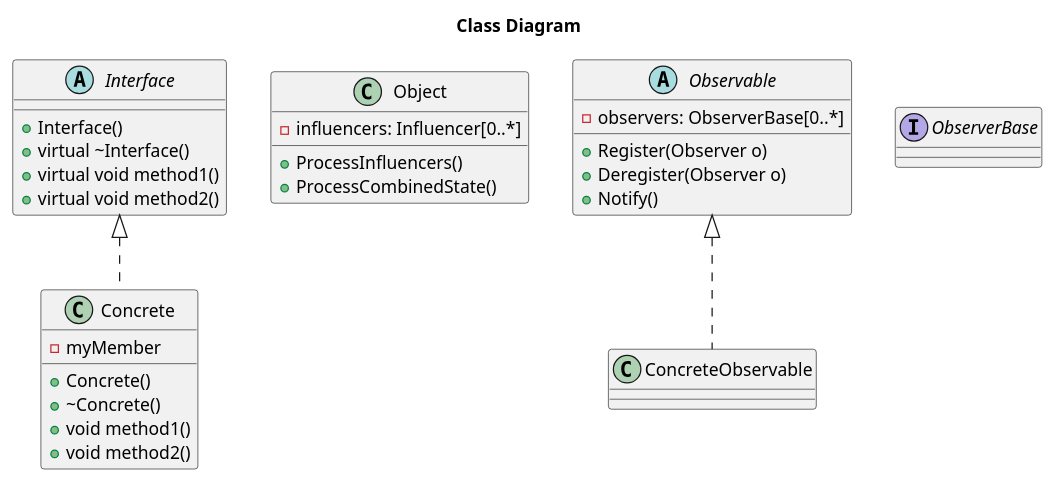
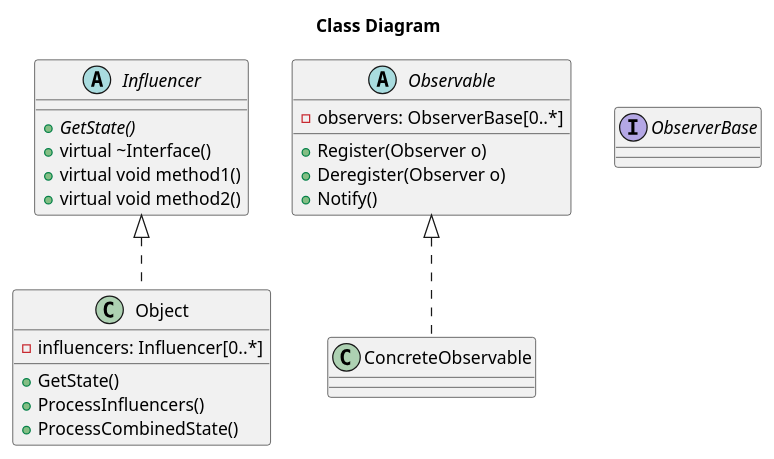
One commit to CAPeddle/particle_model changed the diagram in class diagram.plantuml. Above: the diagram before and after it, drawn with PlantUML.

Commit message:
update object as influencer

```diff
--- a/class diagram.plantuml
+++ b/class diagram.plantuml
@@ -1,57 +1,44 @@
 @startuml
-
 title Class Diagram
 
-
-abstract class Interface
+abstract class Influencer
 {
-    +Interface()
+    {abstract} +GetState()
     +virtual ~Interface()
     +virtual void method1()    
                                    
     +virtual void method2()
 }
 
-Interface <|.. Concrete
-
-class Concrete
-{
--myMember
-
-
-    +Concrete()
-    +~Concrete()
-    +void method1()
-    +void method2()
-}
-
+Influencer <|.. Object
 
 class Object {
 	- influencers: Influencer[0..*]
 
+  +GetState()
 	+ProcessInfluencers()
 	+ProcessCombinedState()
 	
 }
 
 
 abstract class Observable
 
 Observable <|.. ConcreteObservable
 
 
 abstract class Observable{
  -observers: ObserverBase[0..*]
 
  +Register(Observer o)
  +Deregister(Observer o)
  +Notify()
 }
 
 class ConcreteObservable
 
 
 interface ObserverBase
 
 
 @enduml
```
